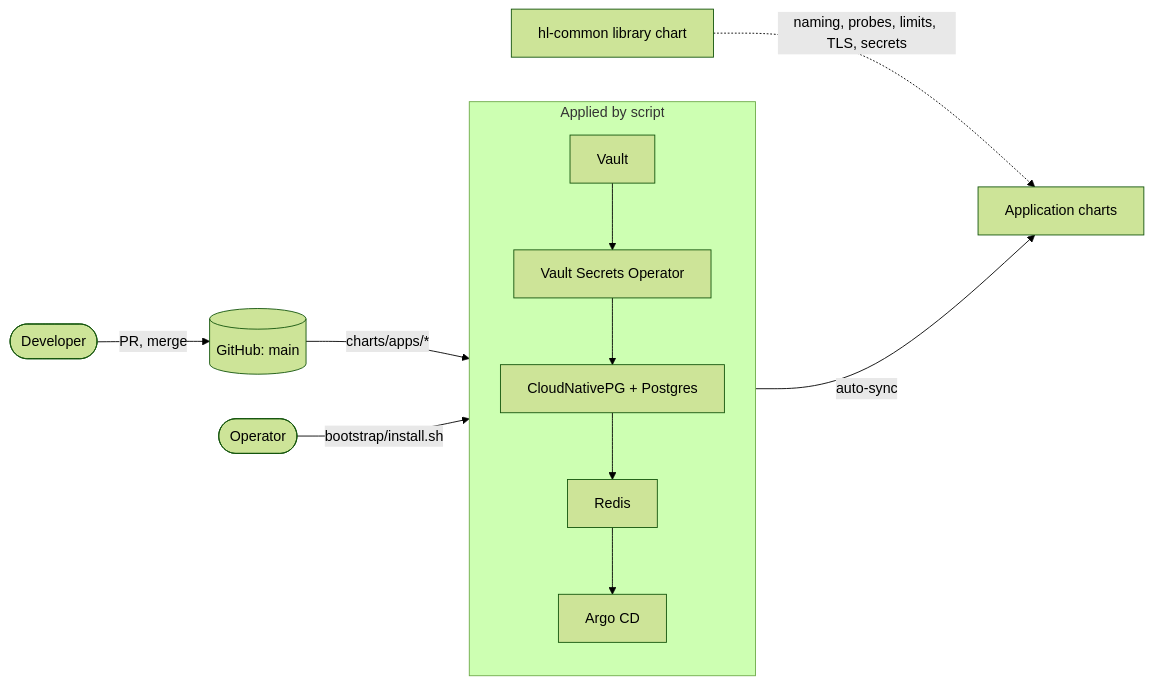
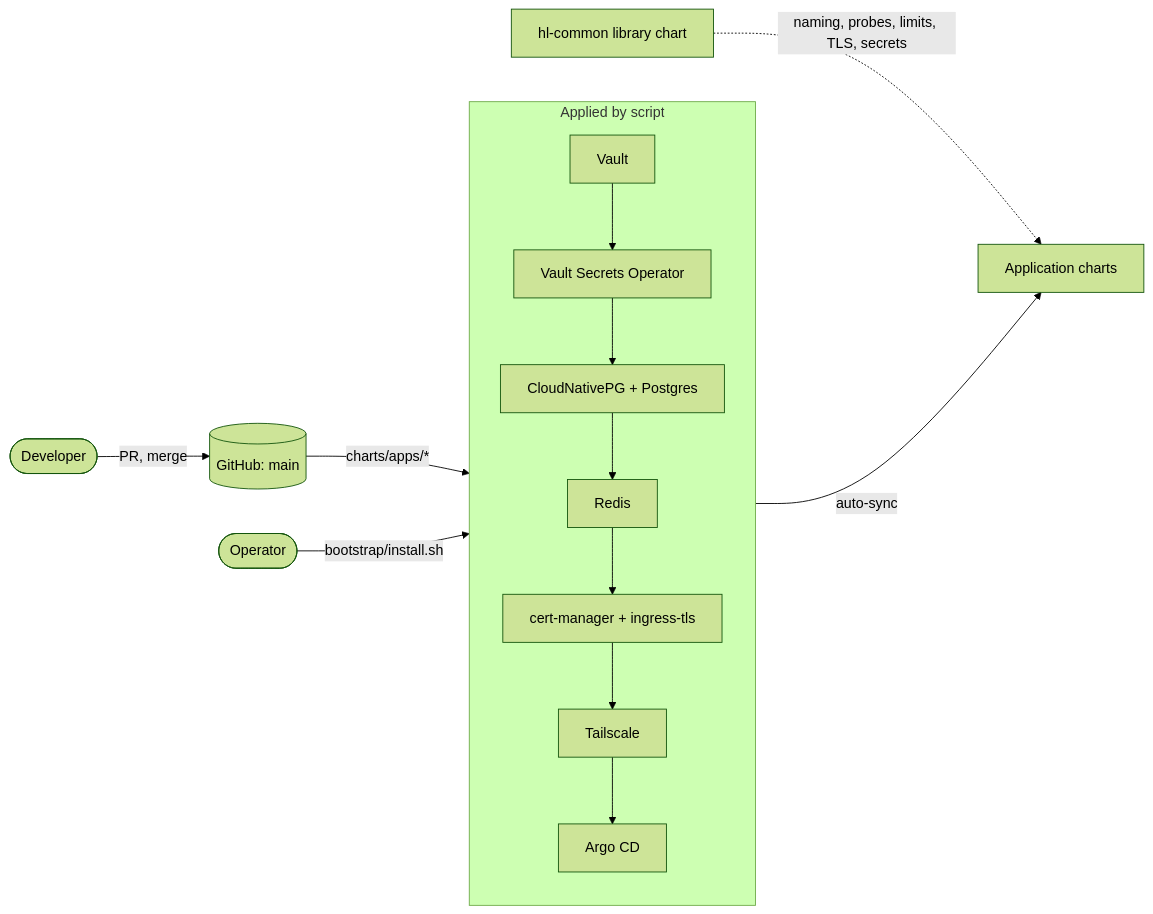
Before and after one commit to valyalkin/hl-helm: the first of 2 diagrams in README.md, drawn with Mermaid (forest theme). The commit also changed other lines of this file and 5 other files, not shown here.

First line of the commit message:
docs: app hosts under valyalkin.com, no DNS or certificate step; tiers and README list the new charts

````diff
--- a/README.md
+++ b/README.md
@@ -21,12 +21,12 @@
 ```mermaid
 flowchart LR
     op([Operator]) -- "bootstrap/install.sh" --> base
     subgraph base [Applied by script]
         direction TB
-        V[Vault] --> VSO[Vault Secrets Operator] --> DB[CloudNativePG + Postgres] --> R[Redis] --> A[Argo CD]
+        V[Vault] --> VSO[Vault Secrets Operator] --> DB[CloudNativePG + Postgres] --> R[Redis] --> CM[cert-manager + ingress-tls] --> TS[Tailscale] --> A[Argo CD]
     end
     dev([Developer]) -- "PR, merge" --> git[(GitHub: main)]
     git -- "charts/apps/*" --> A
     A -- "auto-sync" --> apps[Application charts]
     lib[hl-common library chart] -. "naming, probes, limits, TLS, secrets" .-> apps
 ```
````
